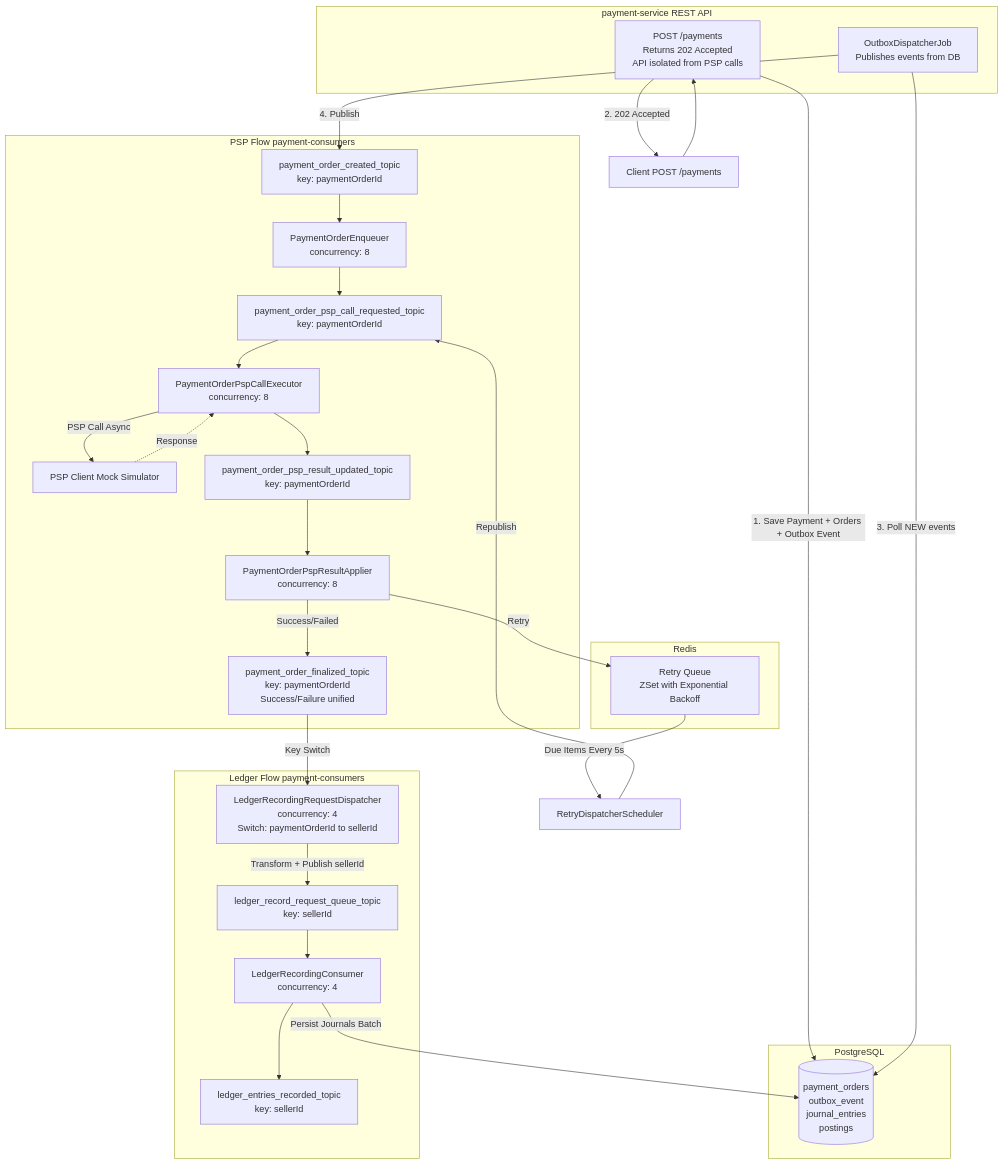
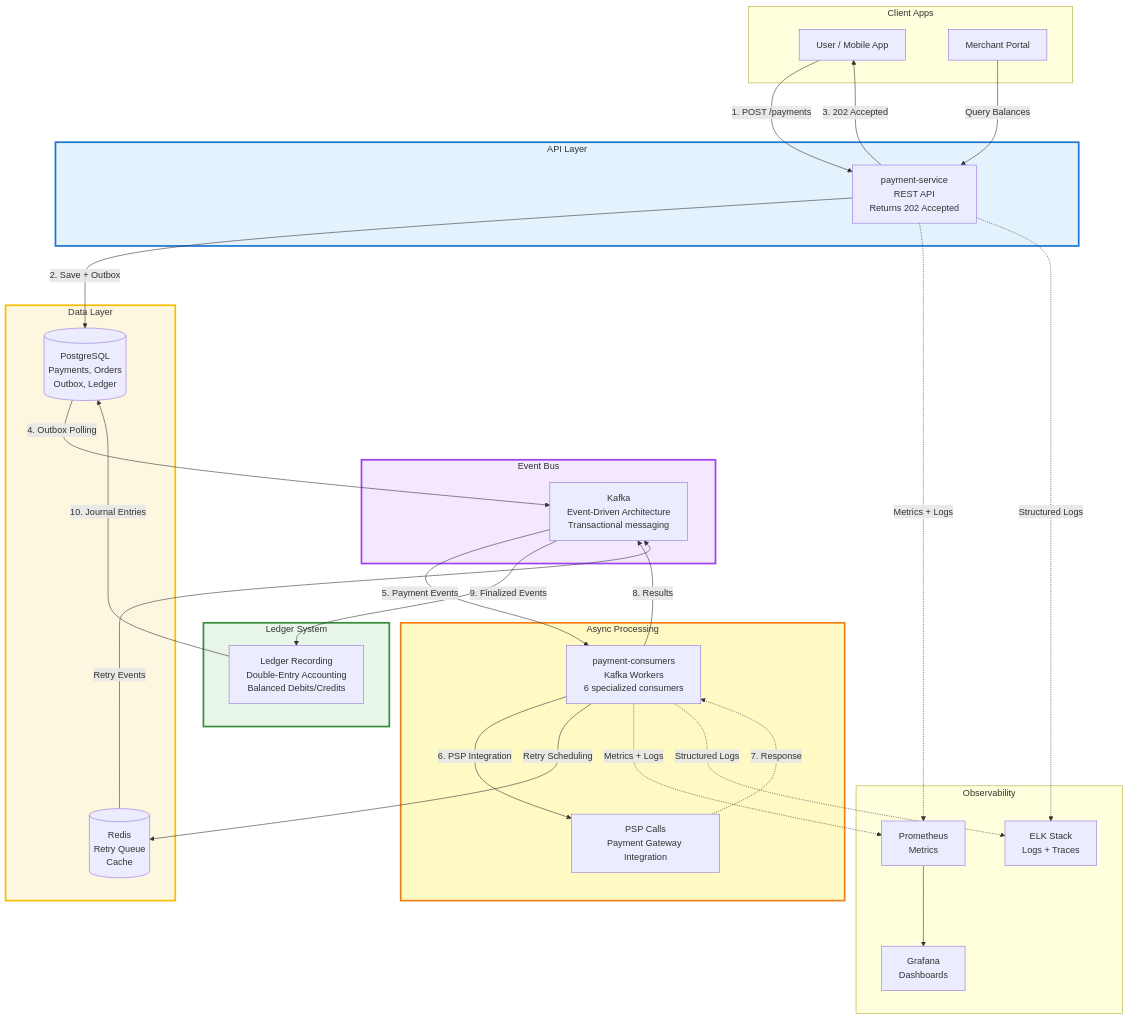
One commit to dcaglar/ecommerce-platform-kotlin changed the diagram in README.md. Above: the diagram before and after it, drawn with Mermaid. The commit also changed other lines of this file and 2 other files, not shown here.

````diff
--- a/README.md
+++ b/README.md
@@ -67,55 +26,65 @@
 ```mermaid
-graph TB
-    subgraph API["payment-service REST API"]
-        REST["POST /payments<br/>Returns 202 Accepted<br/>API isolated from PSP calls"]
-        OUTBOX["OutboxDispatcherJob<br/>Publishes events from DB"]
+%%{init: {'theme':'default','flowchart':{'curve':'basis','nodeSpacing':70,'rankSpacing':80}}}%%
+flowchart TB
+    subgraph Client["Client Apps"]
+        USER[User / Mobile App]
+        MERCHANT[Merchant Portal]
     end
 
-    subgraph DB_LAYER["PostgreSQL"]
-        DB[("payment_orders<br/>outbox_event<br/>journal_entries<br/>postings")]
+    subgraph API["API Layer"]
+        REST[payment-service<br/>REST API<br/>Returns 202 Accepted]
     end
 
-    subgraph REDIS_LAYER["Redis"]
-        RETRY["Retry Queue<br/>ZSet with Exponential Backoff"]
+    subgraph PROCESSING["Async Processing"]
+        CONSUMERS[payment-consumers<br/>Kafka Workers<br/>6 specialized consumers]
+        PSP_CALL[PSP Calls<br/>Payment Gateway Integration]
     end
 
-    subgraph PSP_FLOW["PSP Flow payment-consumers"]
-        T1["payment_order_created_topic<br/>key: paymentOrderId"]
-        ENQ["PaymentOrderEnqueuer<br/>concurrency: 8"]
-        T2["payment_order_psp_call_requested_topic<br/>key: paymentOrderId"]
-        EXEC["PaymentOrderPspCallExecutor<br/>concurrency: 8"]
-        PSP["PSP Client Mock Simulator"]
-        T3["payment_order_psp_result_updated_topic<br/>key: paymentOrderId"]
-        APPLY["PaymentOrderPspResultApplier<br/>concurrency: 8"]
-        T4["payment_order_finalized_topic<br/>key: paymentOrderId<br/>Success/Failure unified"]
+    subgraph MESSAGING["Event Bus"]
+        KAFKA[Kafka<br/>Event-Driven Architecture<br/>Transactional messaging]
     end
 
-    subgraph LEDGER_FLOW["Ledger Flow payment-consumers"]
-        DISPATCH["LedgerRecordingRequestDispatcher<br/>concurrency: 4<br/>Switch: paymentOrderId to sellerId"]
-        T5["ledger_record_request_queue_topic<br/>key: sellerId"]
-        LEDGER["LedgerRecordingConsumer<br/>concurrency: 4"]
-        T6["ledger_entries_recorded_topic<br/>key: sellerId"]
+    subgraph DATA["Data Layer"]
+        DB[(PostgreSQL<br/>Payments, Orders<br/>Outbox, Ledger)]
+        REDIS[(Redis<br/>Retry Queue<br/>Cache)]
     end
 
-    CLIENT["Client POST /payments"] --> REST
-    REST -->|"1. Save Payment + Orders + Outbox Event"| DB
-    REST -->|"2. 202 Accepted"| CLIENT
-    OUTBOX -->|"3. Poll NEW events"| DB
-    OUTBOX -->|"4. Publish"| T1
-    T1 --> ENQ
-    ENQ --> T2
-    T2 --> EXEC
-    EXEC -->|"PSP Call Async"| PSP
-    PSP -.->|"Response"| EXEC
-    EXEC --> T3
-    T3 --> APPLY
-    APPLY -->|"Success/Failed"| T4
-    APPLY -->|"Retry"| RETRY
-    RETRY -->|"Due Items Every 5s"| SCHEDULER["RetryDispatcherScheduler"]
-    SCHEDULER -->|"Republish"| T2
-    T4 -->|"Key Switch"| DISPATCH
-    DISPATCH -->|"Transform + Publish sellerId"| T5
-    T5 --> LEDGER
-    LEDGER -->|"Persist Journals Batch"| DB
-    LEDGER --> T6
+    subgraph LEDGER["Ledger System"]
+        LEDGER_FLOW[Ledger Recording<br/>Double-Entry Accounting<br/>Balanced Debits/Credits]
+    end
+
+    subgraph OBS["Observability"]
+        PROM[Prometheus<br/>Metrics]
+        GRAFANA[Grafana<br/>Dashboards]
+        ELK[ELK Stack<br/>Logs + Traces]
+    end
+
+    USER -->|1. POST /payments| REST
+    MERCHANT -->|Query Balances| REST
+    REST -->|2. Save + Outbox| DB
+    REST -->|3. 202 Accepted| USER
+
+    DB -->|4. Outbox Polling| KAFKA
+    KAFKA -->|5. Payment Events| CONSUMERS
+    CONSUMERS -->|6. PSP Integration| PSP_CALL
+    PSP_CALL -.->|7. Response| CONSUMERS
+    CONSUMERS -->|8. Results| KAFKA
+    KAFKA -->|9. Finalized Events| LEDGER_FLOW
+    LEDGER_FLOW -->|10. Journal Entries| DB
+
+    CONSUMERS -->|Retry Scheduling| REDIS
+    REDIS -->|Retry Events| KAFKA
+
+    REST -.->|Metrics + Logs| PROM
+    CONSUMERS -.->|Metrics + Logs| PROM
+    PROM --> GRAFANA
+
+    REST -.->|Structured Logs| ELK
+    CONSUMERS -.->|Structured Logs| ELK
+
+    style API fill:#e3f2fd,stroke:#1976D2,stroke-width:3px
+    style PROCESSING fill:#fff9c4,stroke:#F57F17,stroke-width:3px
+    style LEDGER fill:#e8f5e9,stroke:#388E3C,stroke-width:3px
+    style DATA fill:#fef7e0,stroke:#FBBC05,stroke-width:3px
+    style MESSAGING fill:#f3e8fd,stroke:#A142F4,stroke-width:3px
 ```
````
